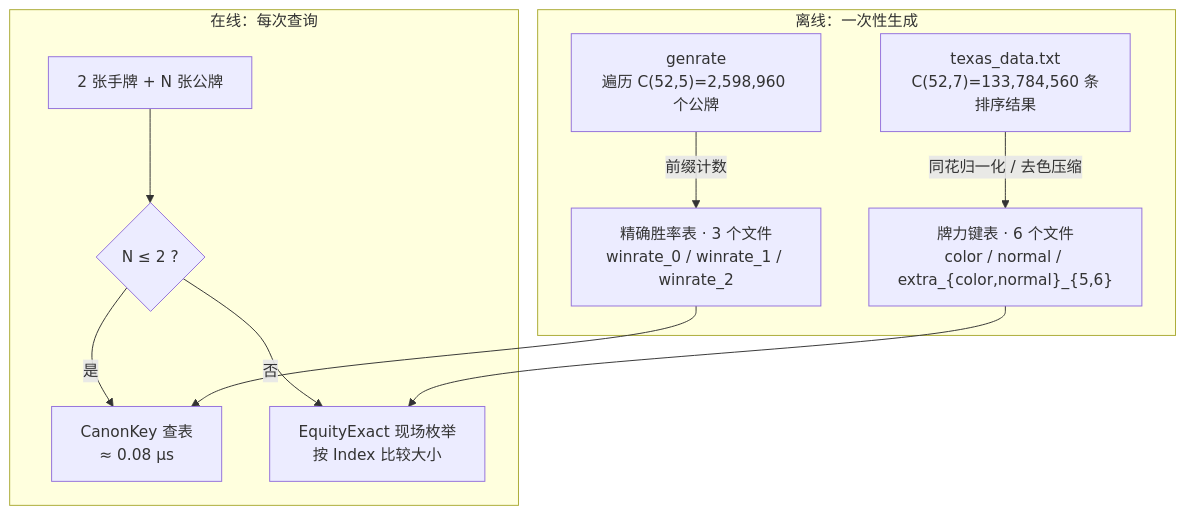
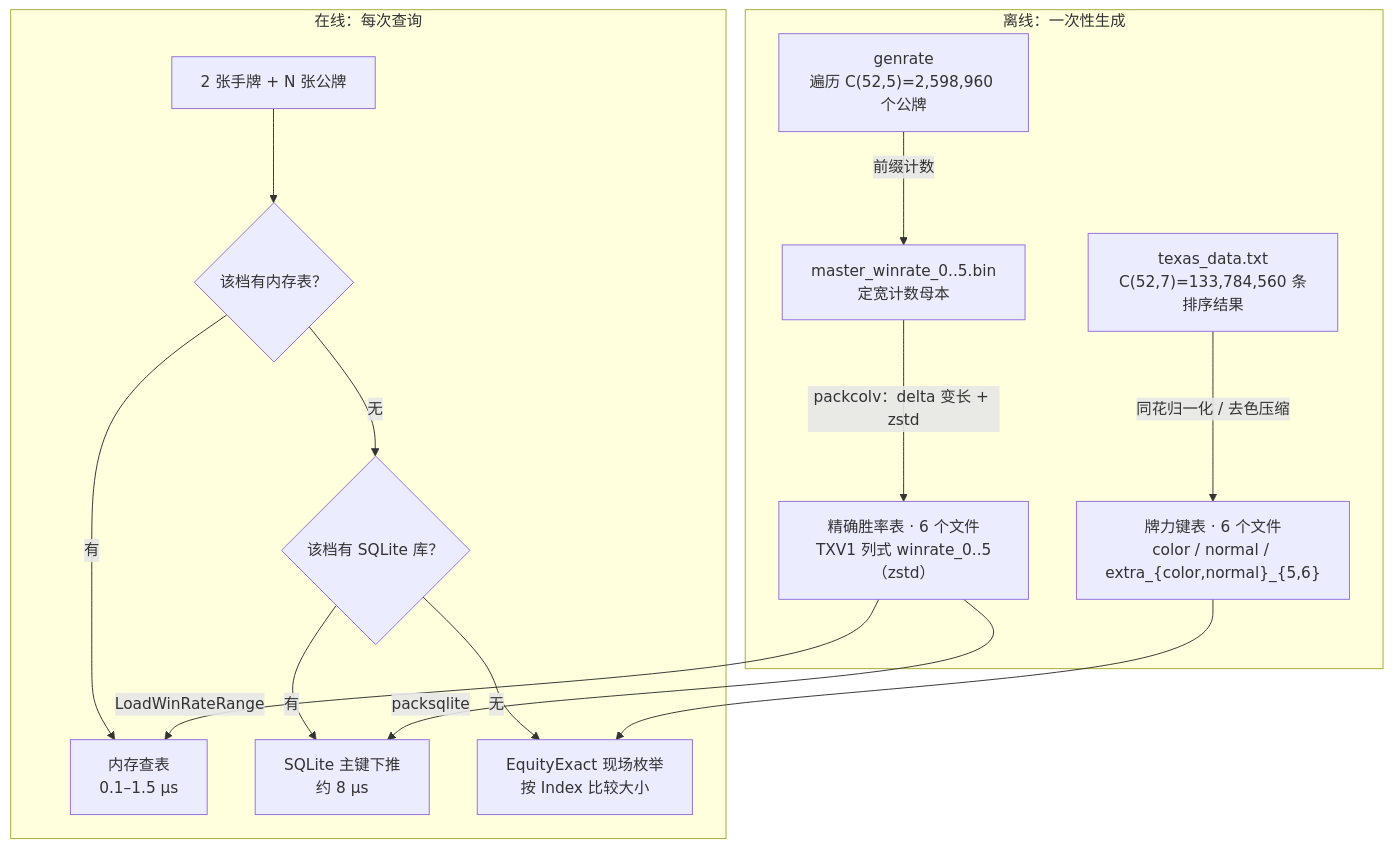
Before and after one commit to esrrhs/texas_algorithm: the first of 3 diagrams in README_CN.md, drawn with Mermaid. The commit also changed other lines of this file and 35 other files, not shown here.

````diff
--- a/README_CN.md
+++ b/README_CN.md
@@ -335,23 +415,30 @@
 ```mermaid
 flowchart TB
     subgraph OFF["离线：一次性生成"]
         A["texas_data.txt<br/>C(52,7)=133,784,560 条排序结果"]
         B["牌力键表 · 6 个文件<br/>color / normal / extra_{color,normal}_{5,6}"]
         G["genrate<br/>遍历 C(52,5)=2,598,960 个公牌"]
-        C["精确胜率表 · 3 个文件<br/>winrate_0 / winrate_1 / winrate_2"]
+        M["master_winrate_0..5.bin<br/>定宽计数母本"]
+        C["精确胜率表 · 6 个文件<br/>TXV1 列式 winrate_0..5（zstd）"]
         A -->|"同花归一化 / 去色压缩"| B
-        G -->|"前缀计数"| C
+        G -->|"前缀计数"| M
+        M -->|"packcolv：delta 变长 + zstd"| C
     end
 
     subgraph ON["在线：每次查询"]
         Q["2 张手牌 + N 张公牌"]
-        D{"N ≤ 2 ?"}
-        L["CanonKey 查表<br/>≈ 0.08 µs"]
+        D{"该档有内存表？"}
+        S{"该档有 SQLite 库？"}
+        L["内存查表<br/>0.1–1.5 µs"]
+        DB["SQLite 主键下推<br/>约 8 µs"]
         E["EquityExact 现场枚举<br/>按 Index 比较大小"]
         Q --> D
-        D -->|"是"| L
-        D -->|"否"| E
-        C --> L
+        D -->|"有"| L
+        D -->|"无"| S
+        S -->|"有"| DB
+        S -->|"无"| E
+        C -->|"LoadWinRateRange"| L
+        C -->|"packsqlite"| DB
         B --> E
     end
 ```
````
